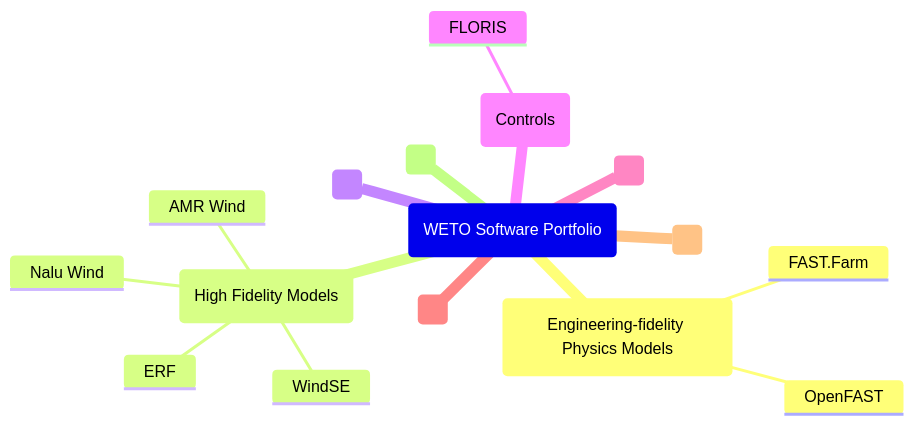
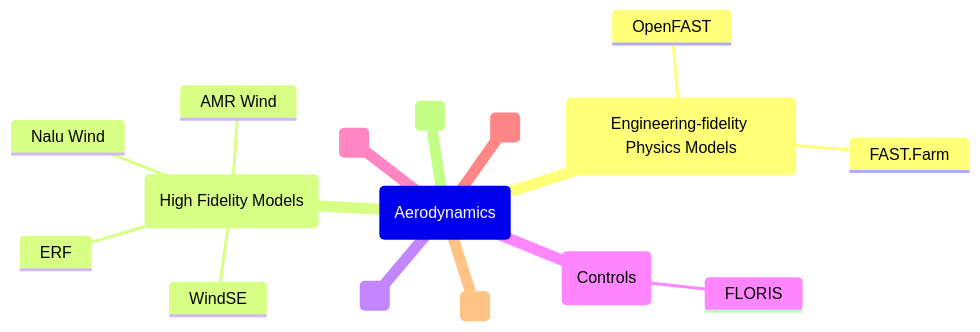
One commit to NREL/WETOStack changed the first of 2 diagrams in _sources/capabilities/aero.md. Above: the diagram before and after it, drawn with Mermaid. The commit also changed 1 other file, not shown here.

Commit message:
deploy: 782eac9c4992b321d7cce7797d9512fa344b9520

````diff
--- a/_sources/capabilities/aero.md
+++ b/_sources/capabilities/aero.md
@@ -21,23 +21,23 @@
 ```{mermaid}
 mindmap
-    root("WETO Software Portfolio")
+    root("Aerodynamics")
         ps(Engineering-fidelity Physics Models)
             OpenFAST
             FAST.Farm
 
         hfm(High Fidelity Models)
             AMR Wind
             Nalu Wind
             ERF
             WindSE
 
         do(" ")
 
         ctrl(Controls)
             FLORIS
 
         ra(" ")
         cost(" ")
         wild(" ")
         om(" ")
 ```
````
